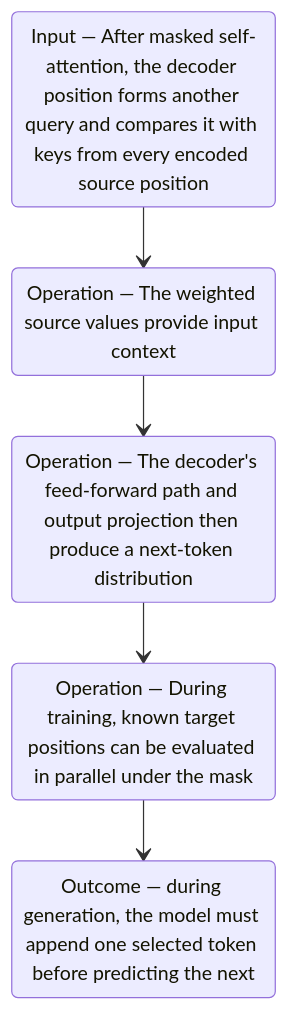
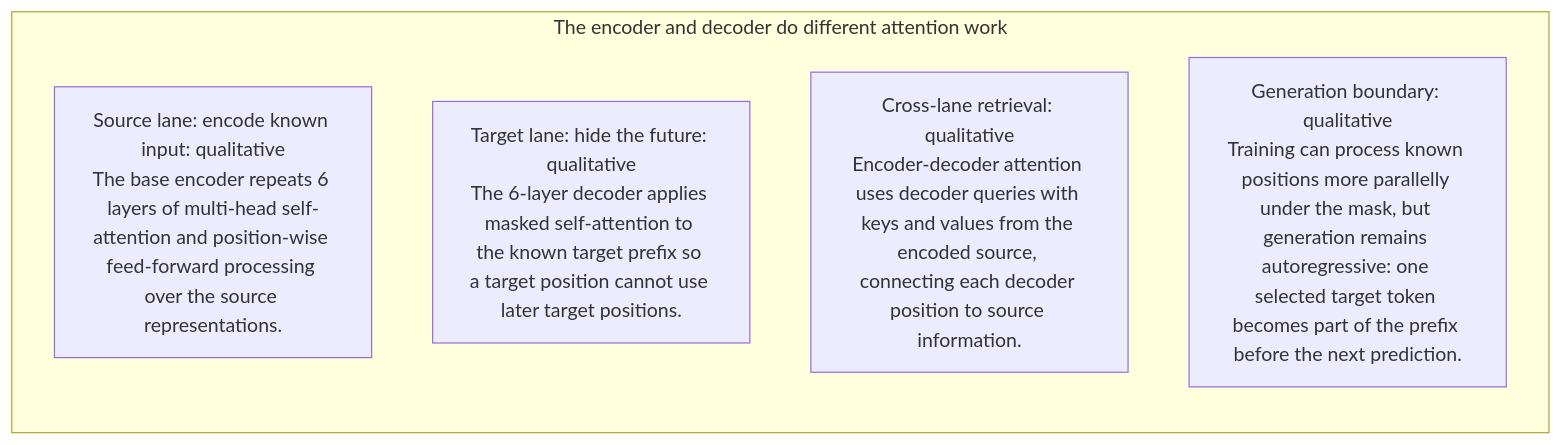
Diagram 27 of 54 in docs/visual-manifests/VISUAL_MANIFEST_ATTENTION_IS_ALL_YOU_NEED.md (Betancourt1/paper_atlas), drawn with Mermaid before and after one commit. The commit also changed other lines of this file and 7 other files, not shown here.

````diff
--- a/docs/visual-manifests/VISUAL_MANIFEST_ATTENTION_IS_ALL_YOU_NEED.md
+++ b/docs/visual-manifests/VISUAL_MANIFEST_ATTENTION_IS_ALL_YOU_NEED.md
@@ -2162,12 +2146,9 @@
 ```mermaid
-stateDiagram-v2
-  state "Input — After masked self-attention, the decoder position forms another query and compares it with keys from every encoded source position" as k1
-  state "Operation — The weighted source values provide input context" as k2
-  state "Operation — The decoder's feed-forward path and output projection then produce a next-token distribution" as k3
-  state "Operation — During training, known target positions can be evaluated in parallel under the mask" as k4
-  state "Outcome — during generation, the model must append one selected token before predicting the next" as k5
-  k1 --> k2
-  k2 --> k3
-  k3 --> k4
-  k4 --> k5
+flowchart LR
+  subgraph p1["The encoder and decoder do different attention work"]
+    p1r1["Source lane: encode known input: qualitative<br/>The base encoder repeats 6 layers of multi-head self-attention and position-wise feed-forward processing over the source representations."]
+    p1r2["Target lane: hide the future: qualitative<br/>The 6-layer decoder applies masked self-attention to the known target prefix so a target position cannot use later target positions."]
+    p1r3["Cross-lane retrieval: qualitative<br/>Encoder-decoder attention uses decoder queries with keys and values from the encoded source, connecting each decoder position to source information."]
+    p1r4["Generation boundary: qualitative<br/>Training can process known positions more parallelly under the mask, but generation remains autoregressive: one selected target token becomes part of the prefix before the next prediction."]
+  end
 ```
````
